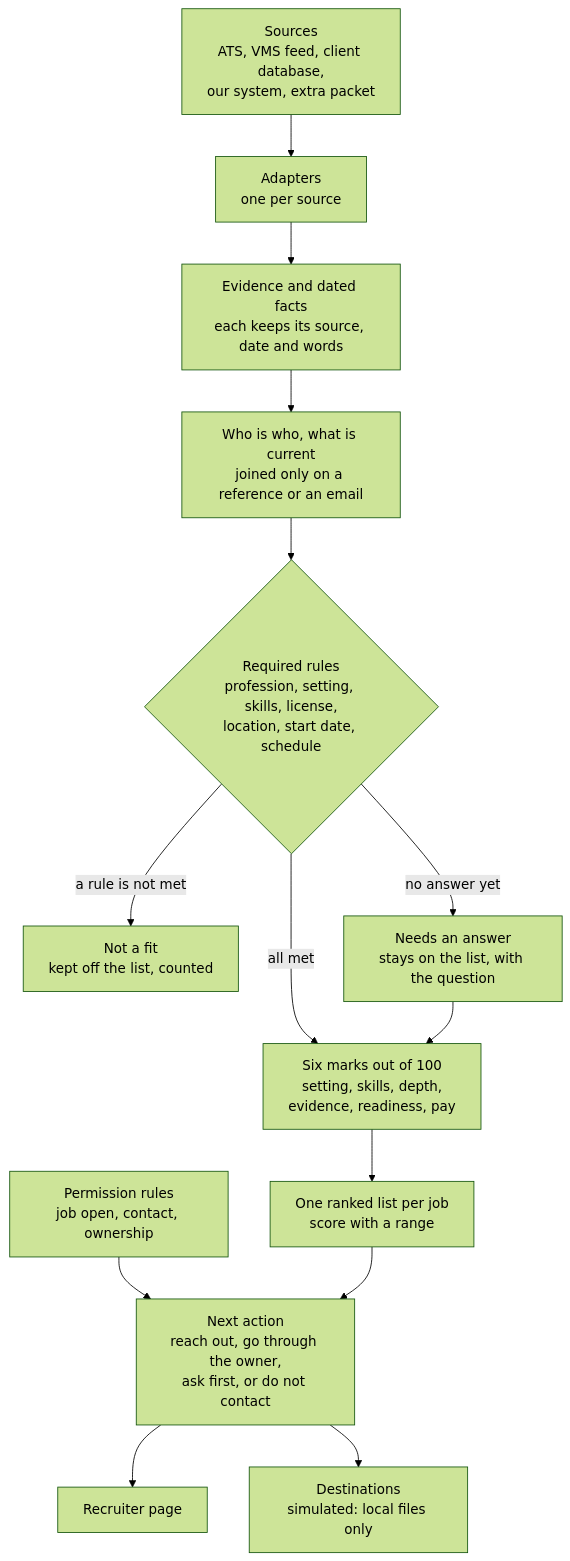
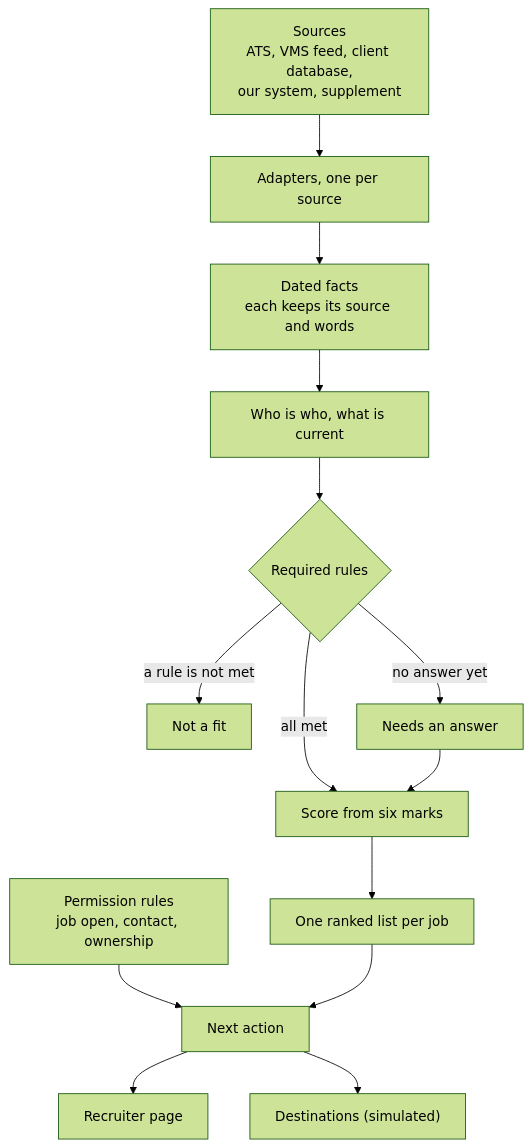
Before and after one commit to sukritisehgal-28/tracefit: the diagram in README.md, drawn with Mermaid (forest theme). The commit also changed other lines of this file and 1 other file, not shown here.

Commit message:
A shorter README that matches the current structure

````diff
--- a/README.md
+++ b/README.md
@@ -60,16 +50,16 @@
 ```mermaid
 flowchart TD
-  A["Sources<br/>ATS, VMS feed, client database,<br/>our system, extra packet"] --> B["Adapters<br/>one per source"]
-  B --> C["Evidence and dated facts<br/>each keeps its source, date and words"]
-  C --> D["Who is who, what is current<br/>joined only on a reference or an email"]
-  D --> E{"Required rules<br/>profession, setting, skills, license,<br/>location, start date, schedule"}
-  E -->|"a rule is not met"| F["Not a fit<br/>kept off the list, counted"]
-  E -->|"no answer yet"| G["Needs an answer<br/>stays on the list, with the question"]
-  E -->|"all met"| H["Six marks out of 100<br/>setting, skills, depth,<br/>evidence, readiness, pay"]
+  A["Sources<br/>ATS, VMS feed, client database,<br/>our system, supplement"] --> B["Adapters, one per source"]
+  B --> C["Dated facts<br/>each keeps its source and words"]
+  C --> D["Who is who, what is current"]
+  D --> E{"Required rules"}
+  E -->|"a rule is not met"| F["Not a fit"]
+  E -->|"no answer yet"| G["Needs an answer"]
+  E -->|"all met"| H["Score from six marks"]
   G --> H
-  H --> I["One ranked list per job<br/>score with a range"]
+  H --> I["One ranked list per job"]
   P["Permission rules<br/>job open, contact, ownership"] --> J
-  I --> J["Next action<br/>reach out, go through the owner,<br/>ask first, or do not contact"]
+  I --> J["Next action"]
   J --> K["Recruiter page"]
-  J --> L["Destinations<br/>simulated: local files only"]
+  J --> L["Destinations (simulated)"]
 ```
````
